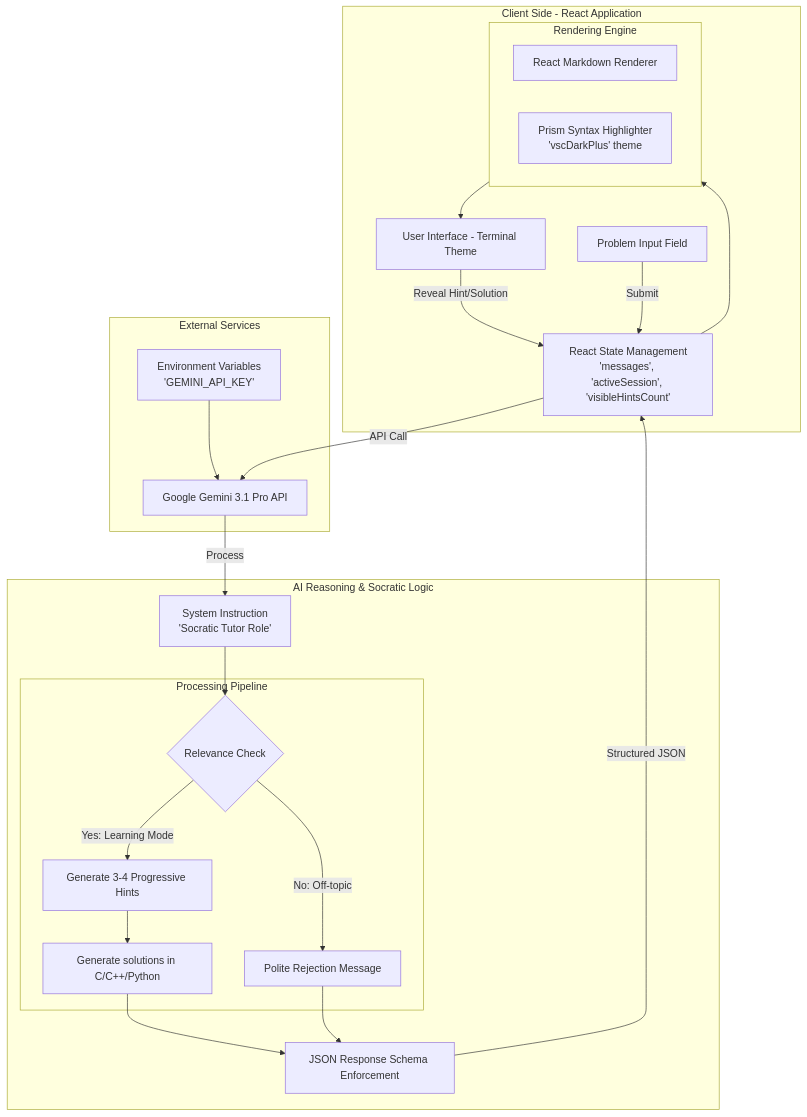
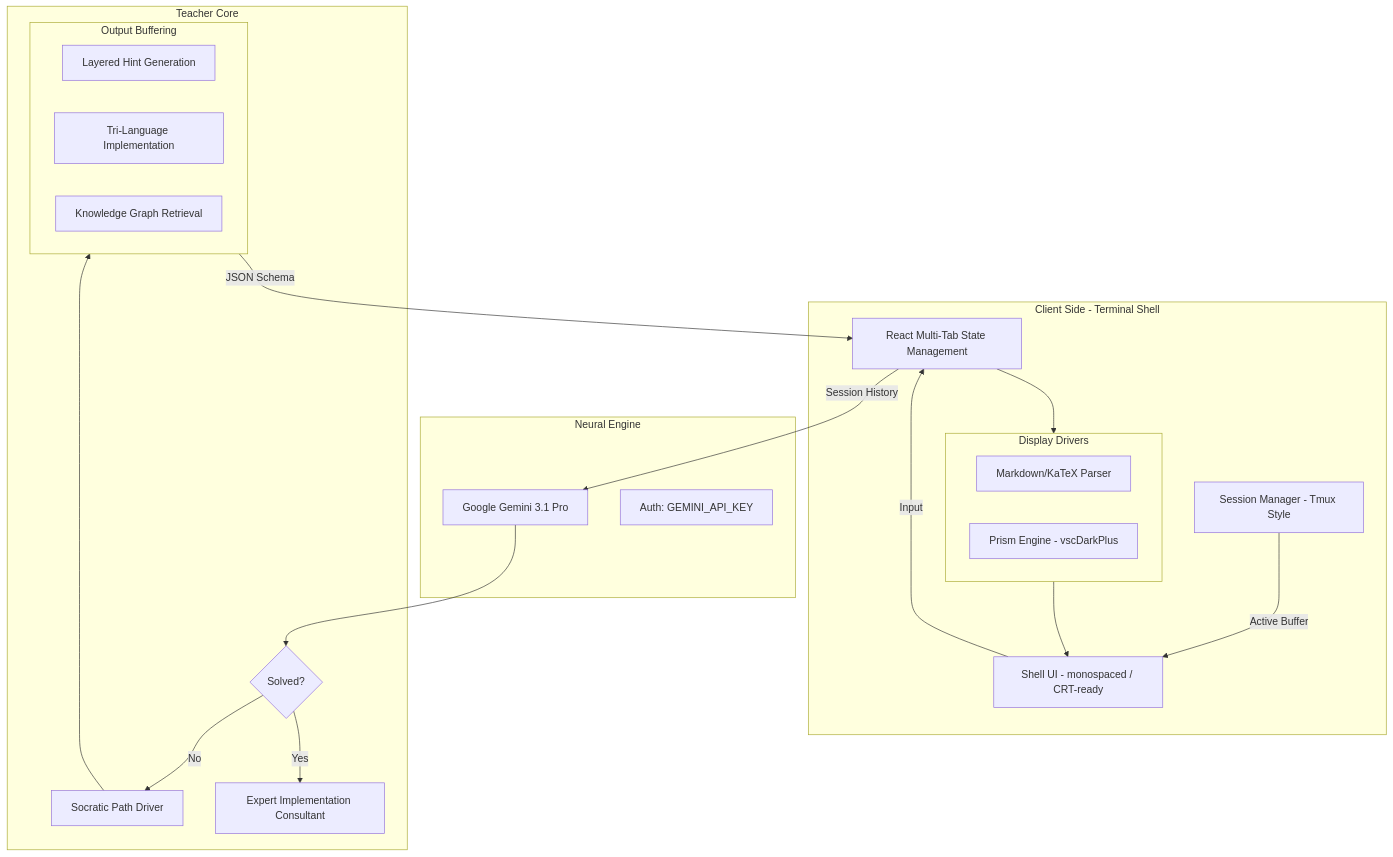
The diagram in README.md (MTE1991/HintFlow), drawn with Mermaid before and after one commit. The commit also changed other lines of this file and 3 other files, not shown here.

````diff
--- a/README.md
+++ b/README.md
@@ -81,45 +83,41 @@
 ```mermaid
 graph TB
-    subgraph Client [Client Side - React Application]
-        UI[User Interface - Terminal Theme]
-        Input[Problem Input Field]
-        State[React State Management<br/>'messages', 'activeSession', 'visibleHintsCount']
+    subgraph Client [Client Side - Terminal Shell]
+        UI[Shell UI - monospaced / CRT-ready]
+        Tabs[Session Manager - Tmux Style]
+        State[React Multi-Tab State Management]
         
-        subgraph Rendering [Rendering Engine]
-            Markdown[React Markdown Renderer]
-            Syntax[Prism Syntax Highlighter<br/>'vscDarkPlus' theme]
+        subgraph Rendering [Display Drivers]
+            Markdown[Markdown/KaTeX Parser]
+            Highlighter[Prism Engine - vscDarkPlus]
         end
     end
 
-    subgraph API [External Services]
-        Gemini[Google Gemini 3.1 Pro API]
-        Env[Environment Variables<br/>'GEMINI_API_KEY']
+    subgraph API [Neural Engine]
+        Gemini[Google Gemini 3.1 Pro]
+        ENV[Auth: GEMINI_API_KEY]
     end
 
-    subgraph Logic [AI Reasoning & Socratic Logic]
-        SysInst[System Instruction<br/>'Socratic Tutor Role']
-        Schema[JSON Response Schema Enforcement]
+    subgraph Logic [Teacher Core]
+        ModeCheck{Solved?}
+        Socratic[Socratic Path Driver]
+        Expert[Expert Implementation Consultant]
         
-        subgraph Pipeline [Processing Pipeline]
-            RelCheck{Relevance Check}
-            GenHints[Generate 3-4 Progressive Hints]
-            GenSol[Generate solutions in C/C++/Python]
-            Reject[Polite Rejection Message]
+        subgraph Pipeline [Output Buffering]
+            GenHints[Layered Hint Generation]
+            GenSol[Tri-Language Implementation]
+            Resources[Knowledge Graph Retrieval]
         end
     end
 
-    Input -->|Submit| State
-    State -->|API Call| Gemini
-    Env --> Gemini
-    Gemini -->|Process| SysInst
-    SysInst --> RelCheck
-    RelCheck -->|Yes: Learning Mode| GenHints
-    RelCheck -->|No: Off-topic| Reject
-    GenHints --> GenSol
-    GenSol --> Schema
-    Reject --> Schema
-    Schema -->|Structured JSON| State
+    Tabs -->|Active Buffer| UI
+    UI -->|Input| State
+    State -->|Session History| Gemini
+    Gemini --> ModeCheck
+    ModeCheck -->|No| Socratic
+    ModeCheck -->|Yes| Expert
+    Socratic --> Pipeline
+    Pipeline -->|JSON Schema| State
     State --> Rendering
     Rendering --> UI
-    UI -->|Reveal Hint/Solution| State
 ```
````
